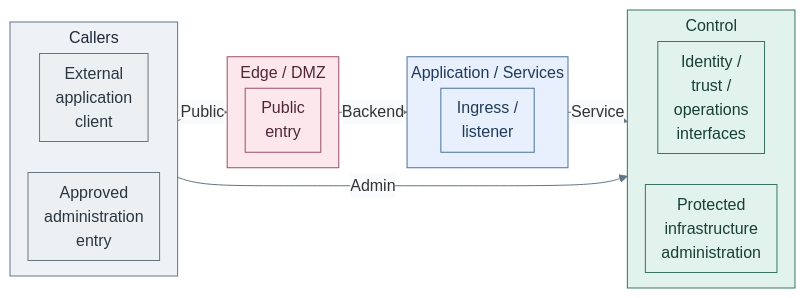
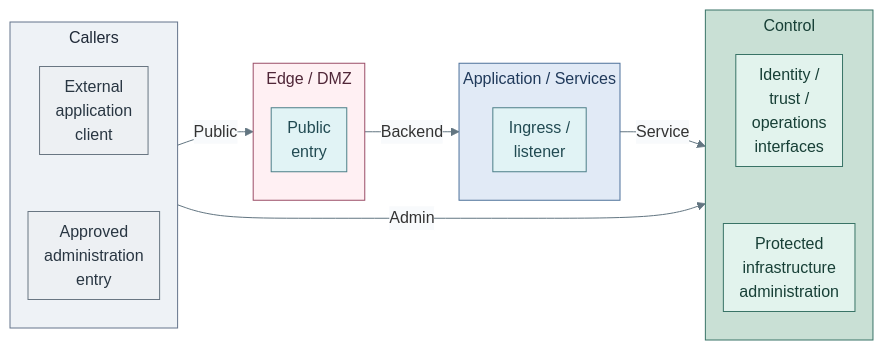
One commit to Rexus/homelab changed the first of 2 diagrams in docs/01-architecture/05-networking/README.md. Above: the diagram before and after it, drawn with Mermaid. The commit also changed 108 other files, not shown here.

Commit message:
docs(diagrams): unify visual language and opening views

````diff
--- a/docs/01-architecture/05-networking/README.md
+++ b/docs/01-architecture/05-networking/README.md
@@ -22,37 +22,43 @@
 ```mermaid
-%%{init: {"theme":"base","flowchart":{"nodeSpacing":16,"rankSpacing":6,"padding":8,"subGraphTitleMargin":{"top":4,"bottom":12}},"themeVariables":{"lineColor":"#627581","edgeLabelBackground":"#f8fafc"}}}%%
+%%{init: {"theme":"base","flowchart":{"nodeSpacing":16,"rankSpacing":32,"padding":8,"subGraphTitleMargin":{"top":4,"bottom":12}},"themeVariables":{"lineColor":"#627581","edgeLabelBackground":"#f8fafc"}}}%%
 flowchart LR
   subgraph Access["Callers"]
     direction TB
     Internet["External<br/>application<br/>client"]
     AdminEntry["Approved<br/>administration<br/>entry"]
     Internet ~~~ AdminEntry
   end
   subgraph Edge["Edge / DMZ"]
     Gateways["Public<br/>entry"]
   end
   subgraph Application["Application / Services"]
     Services["Ingress /<br/>listener"]
   end
   subgraph Control["Control"]
     direction TB
     Endpoints["Identity /<br/>trust /<br/>operations<br/>interfaces"]
     Administration["Protected<br/>infrastructure<br/>administration"]
     Endpoints ~~~ Administration
   end
   Access -->|Public| Edge
   Edge -->|Backend| Application
   Application -->|Service| Control
   Access -->|Admin| Control
   classDef default fill:#f8fafc,stroke:#64748b,color:#1f2937
   classDef boundary fill:#eef2f6,stroke:#64748b,color:#1f2937
   classDef edge fill:#fce8ec,stroke:#9b4d67,color:#502638
   classDef services fill:#e7f0fc,stroke:#4d719b,color:#203a5b
   classDef control fill:#e2f3ed,stroke:#397366,color:#173f36
   classDef actor fill:#edf0f3,stroke:#697682,color:#293642
   class Access boundary
   class Internet,AdminEntry actor
-  class Edge,Gateways edge
-  class Application,Services services
-  class Control,Endpoints,Administration control
+  class Endpoints,Administration control
+  classDef traffic fill:#e1f3f5,stroke:#4c7f88,color:#214a52
+  class Gateways,Services traffic
+  classDef zoneEdge fill:#fff0f3,stroke:#9b4d67,color:#502638
+  class Edge zoneEdge
+  classDef zoneServices fill:#e1eaf6,stroke:#4d719b,color:#203a5b
+  class Application zoneServices
+  classDef zoneControl fill:#c9e0d5,stroke:#397366,color:#173f36
+  class Control zoneControl
 ```
````
